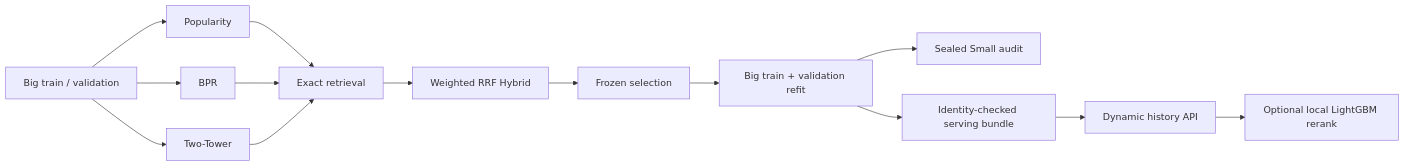
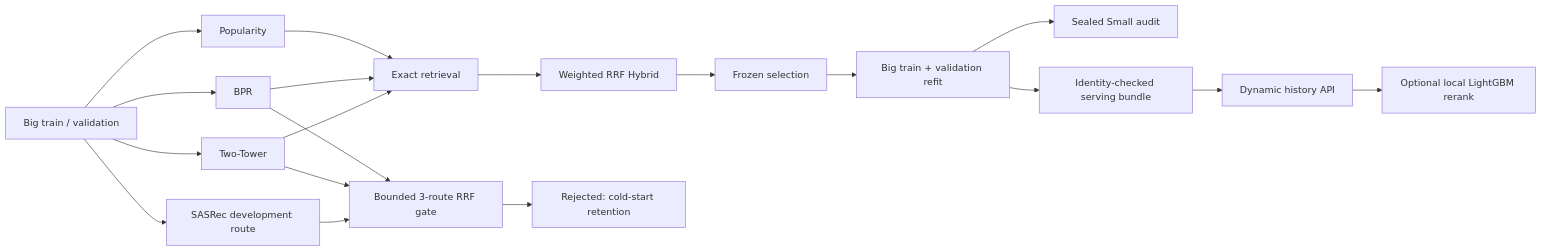
The diagram in README.md (Rockyeast/short-video-two-tower-recommender), drawn with Mermaid before and after one commit. The commit also changed other lines of this file, not shown here.

Commit message:
Document SASRec and three-route fusion findings

````diff
--- a/README.md
+++ b/README.md
@@ -36,16 +40,21 @@
 ```mermaid
 flowchart LR
     A[Big train / validation] --> B[Popularity]
     A --> C[BPR]
     A --> D[Two-Tower]
+    A --> S[SASRec development route]
     B --> E[Exact retrieval]
     C --> E
     D --> E
     E --> F[Weighted RRF Hybrid]
+    C --> X[Bounded 3-route RRF gate]
+    D --> X
+    S --> X
+    X --> Y[Rejected: cold-start retention]
     F --> G[Frozen selection]
     G --> H[Big train + validation refit]
     H --> I[Sealed Small audit]
     H --> J[Identity-checked serving bundle]
     J --> K[Dynamic history API]
     K --> L[Optional local LightGBM rerank]
 ```
````
